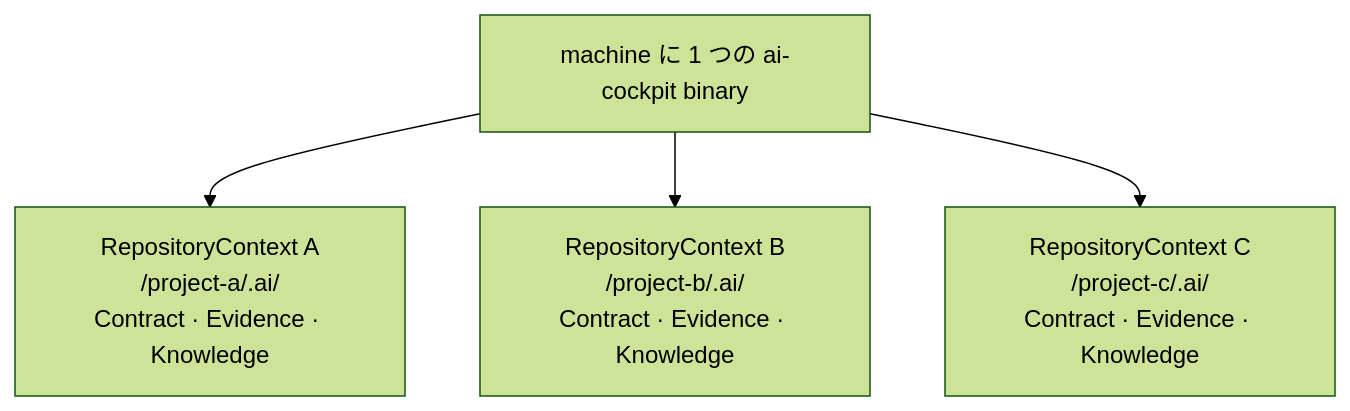
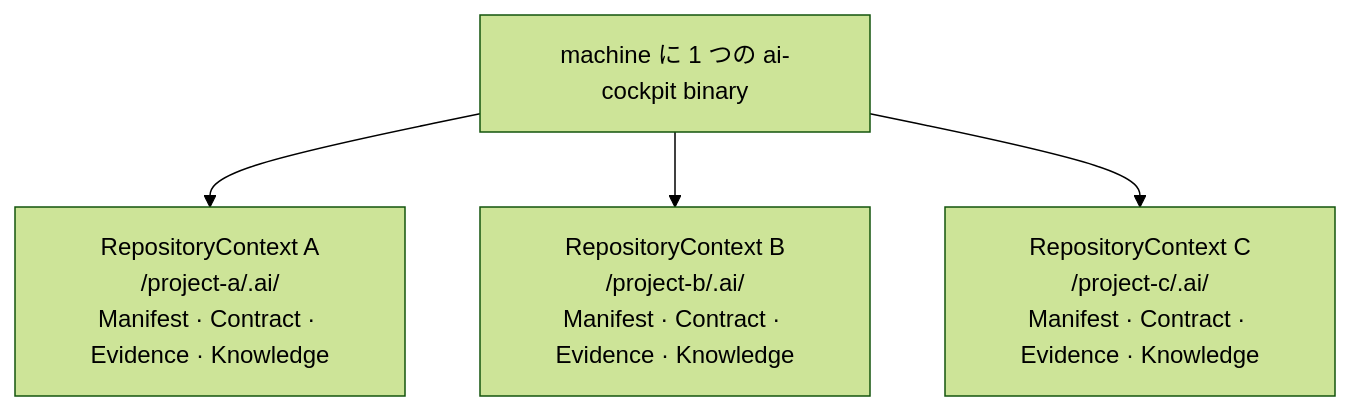
Before and after one commit to xinglun/ai-cockpit: the third of 3 diagrams in docs/architecture.ja.md, drawn with Mermaid (forest theme). The commit also changed other lines of this file and 31 other files, not shown here.

````diff
--- a/docs/architecture.ja.md
+++ b/docs/architecture.ja.md
@@ -126,7 +126,7 @@
 ```mermaid
 flowchart TB
     Runtime["machine に 1 つの ai-cockpit binary"]
-    Runtime --> A["RepositoryContext A<br/>/project-a/.ai/<br/>Contract · Evidence · Knowledge"]
-    Runtime --> B["RepositoryContext B<br/>/project-b/.ai/<br/>Contract · Evidence · Knowledge"]
-    Runtime --> C["RepositoryContext C<br/>/project-c/.ai/<br/>Contract · Evidence · Knowledge"]
+    Runtime --> A["RepositoryContext A<br/>/project-a/.ai/<br/>Manifest · Contract · Evidence · Knowledge"]
+    Runtime --> B["RepositoryContext B<br/>/project-b/.ai/<br/>Manifest · Contract · Evidence · Knowledge"]
+    Runtime --> C["RepositoryContext C<br/>/project-c/.ai/<br/>Manifest · Contract · Evidence · Knowledge"]
 ```
````
